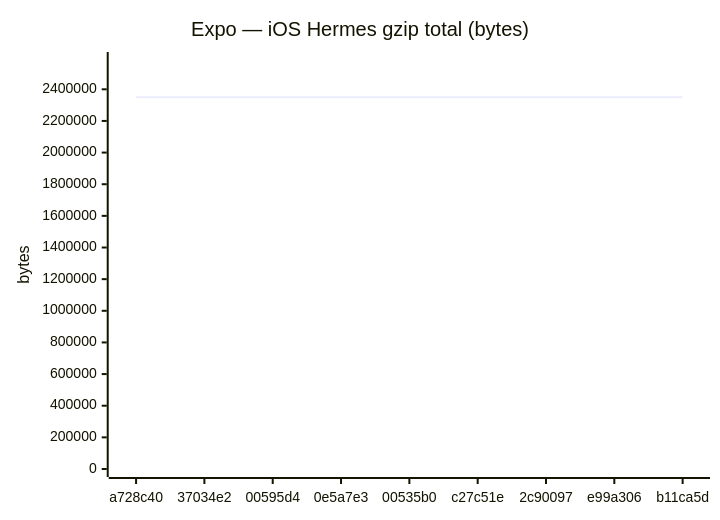
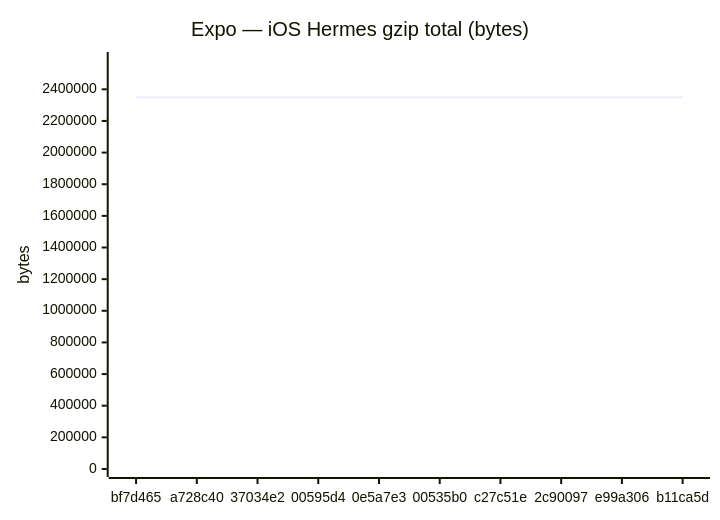
One commit to Metaheurist/Rianell changed the eighth of 24 diagrams in benchmarks/compare.md. Above: the diagram before and after it, drawn with Mermaid. The commit also changed other lines of this file and 12 other files, not shown here.

````diff
--- a/benchmarks/compare.md
+++ b/benchmarks/compare.md
@@ -119,7 +123,7 @@
 ```mermaid
 xychart-beta
     title "Expo — iOS Hermes gzip total (bytes)"
-    x-axis ["a728c40", "37034e2", "00595d4", "0e5a7e3", "00535b0", "c27c51e", "2c90097", "e99a306", "b11ca5d"]
-    y-axis "bytes" 0 --> 2585193
-    line [2350175, 2350043, 2350046, 2350041, 2349868, 2349864, 2349868, 2349869, 2349865]
+    x-axis ["bf7d465", "a728c40", "37034e2", "00595d4", "0e5a7e3", "00535b0", "c27c51e", "2c90097", "e99a306", "b11ca5d"]
+    y-axis "bytes" 0 --> 2585196
+    line [2350178, 2350175, 2350043, 2350046, 2350041, 2349868, 2349864, 2349868, 2349869, 2349865]
 ```
````
